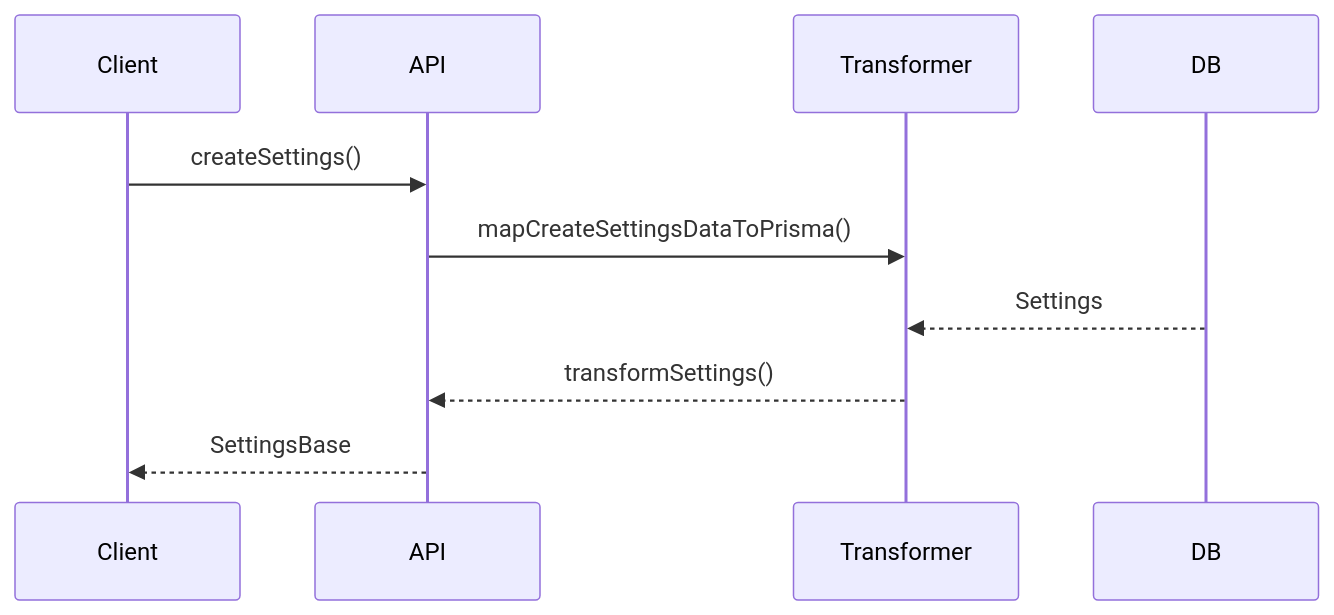
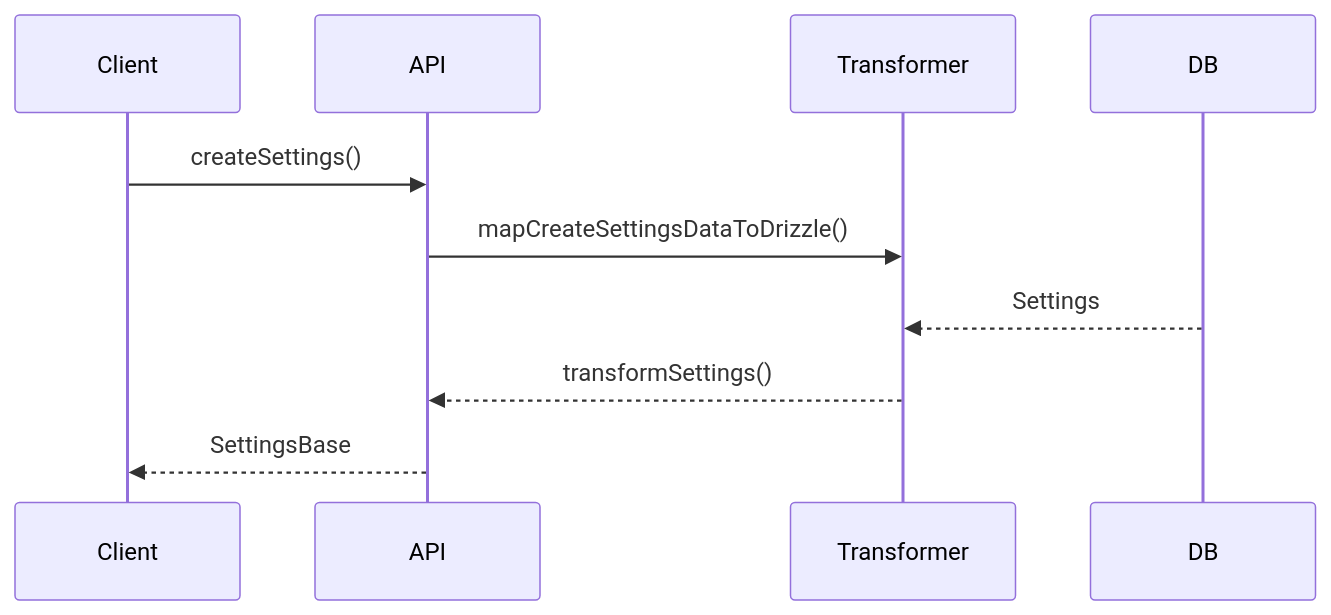
The second of 2 diagrams in src/types/ui/documentation.md (gvastethecreator/media-manager), drawn with Mermaid before and after one commit. The commit also changed 185 other files, not shown here.

````diff
--- a/src/types/ui/documentation.md
+++ b/src/types/ui/documentation.md
@@ -69,13 +69,13 @@
 ```mermaid
 sequenceDiagram
     participant Client
     participant API
     participant Transformer
     participant DB
     Client->>API: createSettings()
-    API->>Transformer: mapCreateSettingsDataToPrisma()
+    API->>Transformer: mapCreateSettingsDataToDrizzle()
     
     DB-->>Transformer: Settings
     Transformer-->>API: transformSettings()
     API-->>Client: SettingsBase
 ```
````
